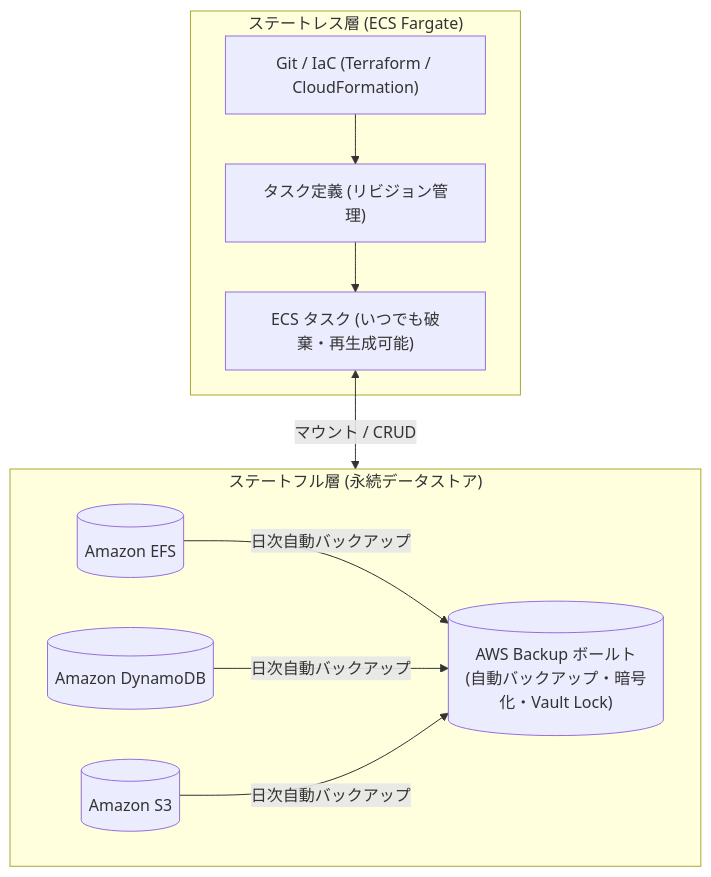
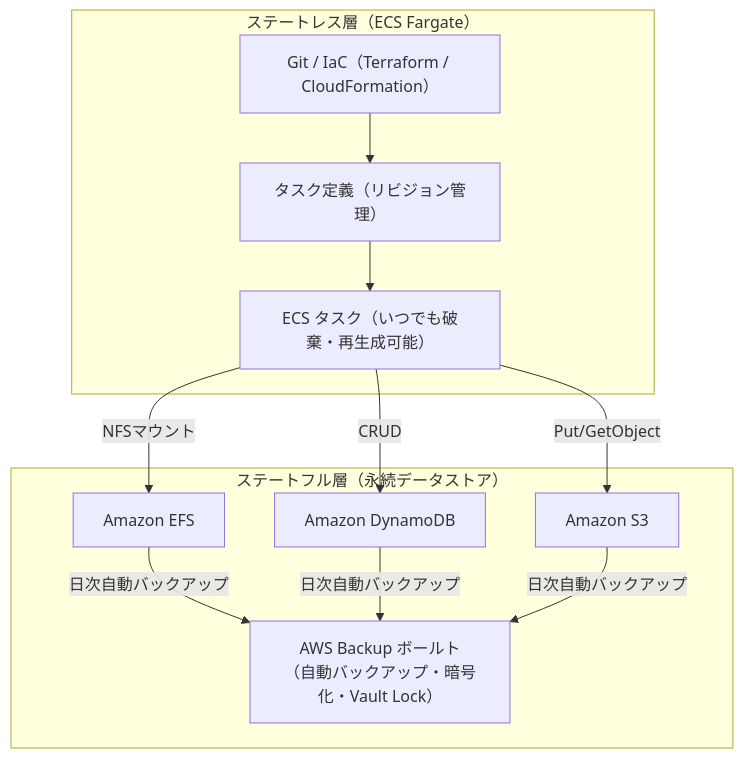
Before and after one commit to hide104y/markdown: diagram 13 of 17 in AWS：ECS.md, drawn with Mermaid. The commit also changed other lines of this file, not shown here.

Commit message:
GitHubのMermaidパーサーとの互換性考慮（その２）

````diff
--- a/AWS：ECS.md
+++ b/AWS：ECS.md
@@ -1623,23 +1625,25 @@
 ```mermaid
 flowchart TD
-    subgraph StatelessLayer ["ステートレス層 (ECS Fargate)"]
-        TaskDef["タスク定義 (リビジョン管理)"]
-        GitRepo["Git / IaC (Terraform / CloudFormation)"]
-        TaskInstance["ECS タスク (いつでも破棄・再生成可能)"]
+    subgraph StatelessLayer ["ステートレス層（ECS Fargate）"]
+        TaskDef["タスク定義（リビジョン管理）"]
+        GitRepo["Git / IaC（Terraform / CloudFormation）"]
+        TaskInstance["ECS タスク（いつでも破棄・再生成可能）"]
         GitRepo --> TaskDef
         TaskDef --> TaskInstance
     end
 
-    subgraph StatefulLayer ["ステートフル層 (永続データストア)"]
-        EFS_Data[("Amazon EFS")]
-        DDB_Data[("Amazon DynamoDB")]
-        S3_Data[("Amazon S3")]
-        BackupVault[("AWS Backup ボールト<br>(自動バックアップ・暗号化・Vault Lock)")]
+    subgraph StatefulLayer ["ステートフル層（永続データストア）"]
+        EFS_Data["Amazon EFS"]
+        DDB_Data["Amazon DynamoDB"]
+        S3_Data["Amazon S3"]
+        BackupVault["AWS Backup ボールト<br>（自動バックアップ・暗号化・Vault Lock）"]
 
         EFS_Data -->|"日次自動バックアップ"| BackupVault
         DDB_Data -->|"日次自動バックアップ"| BackupVault
         S3_Data -->|"日次自動バックアップ"| BackupVault
     end
 
-    TaskInstance <-->|"マウント / CRUD"| StatefulLayer
+    TaskInstance -->|"NFSマウント"| EFS_Data
+    TaskInstance -->|"CRUD"| DDB_Data
+    TaskInstance -->|"Put/GetObject"| S3_Data
 ```
````
